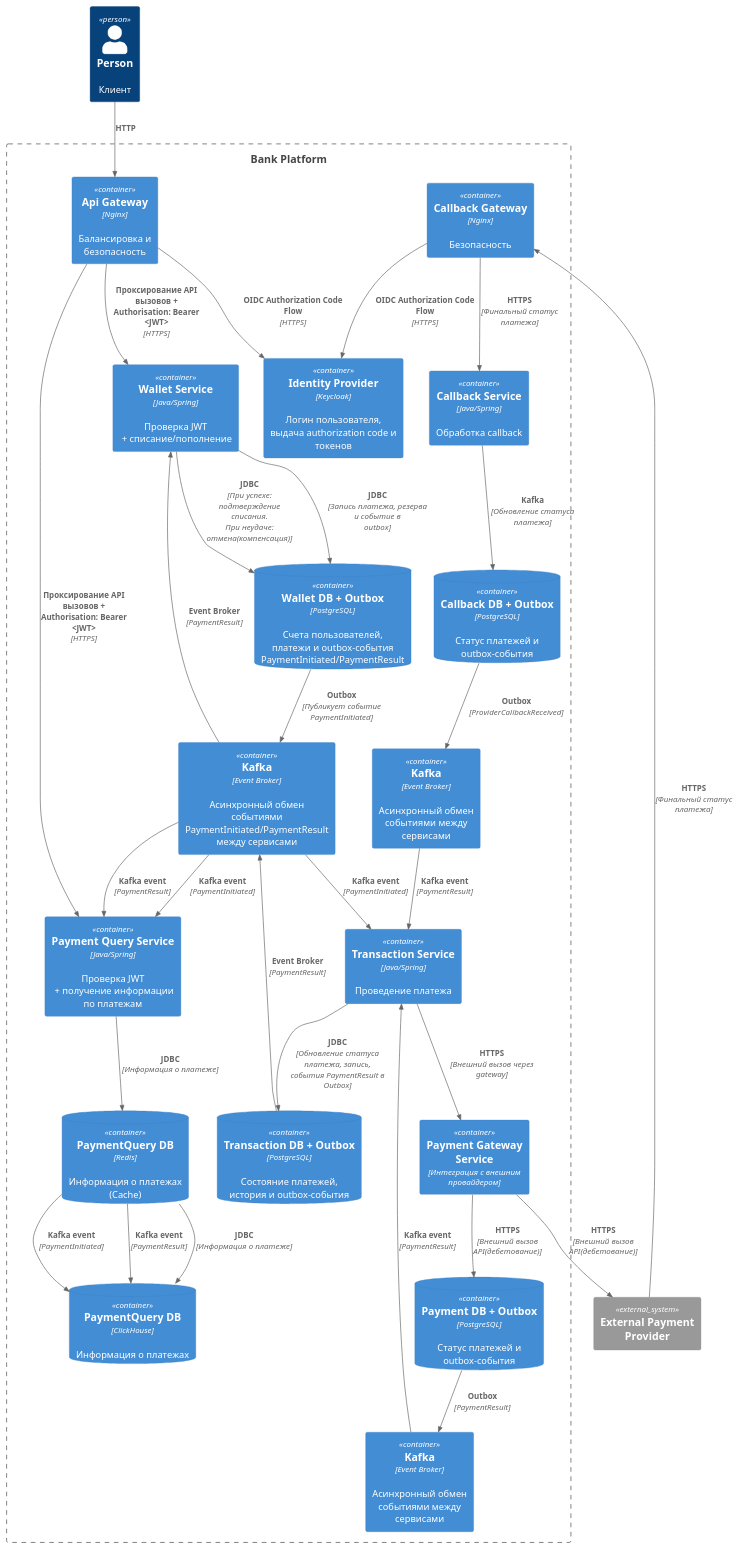
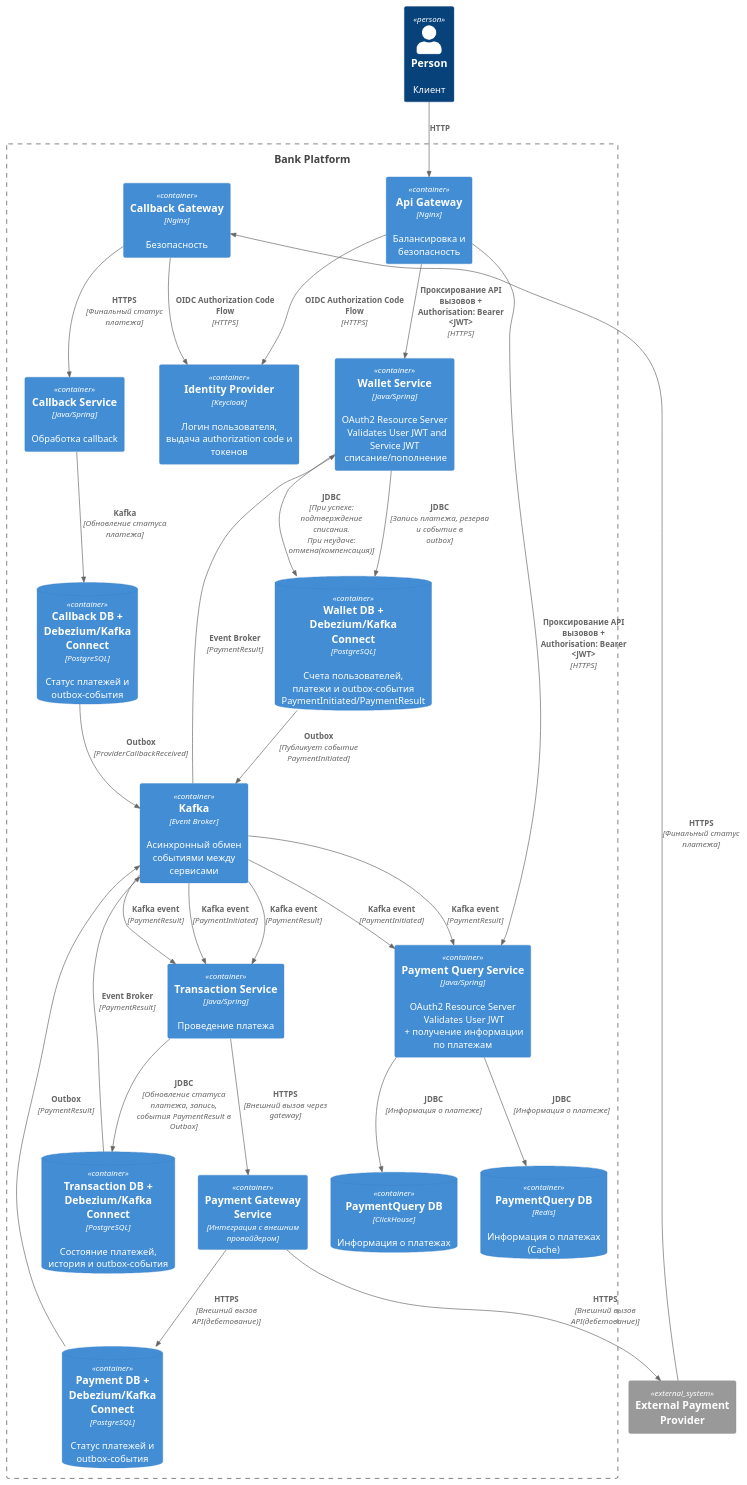
The diagram in project/C4/BankPlatform_Security_C2.puml (vaneks/System-design), drawn with PlantUML before and after one commit. The commit also changed 17 other files, not shown here.

```diff
--- a/project/C4/BankPlatform_Security_C2.puml
+++ b/project/C4/BankPlatform_Security_C2.puml
@@ -1,60 +1,56 @@
 @startuml
 !include https://raw.githubusercontent.com/plantuml-stdlib/C4-PlantUML/master/C4_Container.puml
 
 Person(person, "Person", "Клиент")
 
 Boundary(internal, "Bank Platform") {
   Container(apiGw, "Api Gateway", "Nginx", "Балансировка и безопасность")
   Container(idP, "Identity Provider", "Keycloak", "Логин пользователя, выдача authorization code и токенов")
-  Container(wallet, "Wallet Service", "Java/Spring", "Проверка JWT \n + списание/пополнение")
+  Container(wallet, "Wallet Service", "Java/Spring", "OAuth2 Resource Server \n  Validates User JWT and Service JWT \n списание/пополнение")
   Container(transaction, "Transaction Service", "Java/Spring", "Проведение платежа")
   Container(payment, "Payment Gateway Service", "Интеграция с внешним провайдером")
   Container(callback, "Callback Service", "Java/Spring", "Обработка callback")
   Container(callbackGw, "Callback Gateway", "Nginx", "Безопасность")
-  Container(paymentQuery, "Payment Query Service", "Java/Spring", "Проверка JWT \n + получение информации по платежам")
+  Container(paymentQuery, "Payment Query Service", "Java/Spring", "OAuth2 Resource Server \n Validates User JWT \n + получение информации по платежам")
 
-  ContainerDb(walletDb, "Wallet DB + Outbox", "PostgreSQL", "Счета пользователей, платежи и outbox-события PaymentInitiated/PaymentResult")
-  ContainerDb(transactionDb, "Transaction DB + Outbox", "PostgreSQL", "Состояние платежей, история и outbox-события")
-  ContainerDb(callbackDb, "Callback DB + Outbox", "PostgreSQL", "Статус платежей и outbox-события")
-  ContainerDb(paymentDb, "Payment DB + Outbox", "PostgreSQL", "Статус платежей и outbox-события")
+  ContainerDb(walletDb, "Wallet DB + Debezium/Kafka Connect", "PostgreSQL", "Счета пользователей, платежи и outbox-события PaymentInitiated/PaymentResult")
+  ContainerDb(transactionDb, "Transaction DB + Debezium/Kafka Connect", "PostgreSQL", "Состояние платежей, история и outbox-события")
+  ContainerDb(callbackDb, "Callback DB + Debezium/Kafka Connect", "PostgreSQL", "Статус платежей и outbox-события")
+  ContainerDb(paymentDb, "Payment DB + Debezium/Kafka Connect", "PostgreSQL", "Статус платежей и outbox-события")
   ContainerDb(paymentQueryDb, "PaymentQuery DB", "ClickHouse", "Информация о платежах")
   ContainerDb(paymentQueryRedis, "PaymentQuery DB", "Redis", "Информация о платежах (Cache)")
 
-  Container(kafkaWallet, "Kafka", "Event Broker", "Асинхронный обмен событиями PaymentInitiated/PaymentResult между сервисами")
-  Container(kafkaCallback, "Kafka", "Event Broker", "Асинхронный обмен событиями между сервисами")
-  Container(kafkaPayment, "Kafka", "Event Broker", "Асинхронный обмен событиями между сервисами")
+  Container(kafka, "Kafka", "Event Broker", "Асинхронный обмен событиями между сервисами")
 }
 
 
 System_Ext(extPayment, "External Payment Provider")
 
 Rel(person, apiGw, "HTTP")
 Rel(apiGw, wallet, "Проксирование API вызовов + Authorisation: Bearer <JWT>", "HTTPS")
 Rel(apiGw, paymentQuery, "Проксирование API вызовов + Authorisation: Bearer <JWT>", "HTTPS")
 Rel(apiGw, idP, "OIDC Authorization Code Flow", "HTTPS")
 Rel(callbackGw, idP, "OIDC Authorization Code Flow", "HTTPS")
 Rel(wallet, walletDb, "JDBC", "Запись платежа, резерва и событие в outbox")
 Rel(wallet, walletDb, "JDBC", "При успехе: подтверждение списания. При неудаче: отмена(компенсация)")
-Rel(walletDb, kafkaWallet, "Outbox", "Публикует событие PaymentInitiated")
-Rel(kafkaWallet, transaction, "Kafka event", "PaymentInitiated")
-Rel(kafkaWallet, wallet, "Event Broker", "PaymentResult")
+Rel(walletDb, kafka, "Outbox", "Публикует событие PaymentInitiated")
+Rel(kafka, transaction, "Kafka event", "PaymentInitiated")
+Rel(kafka, wallet, "Event Broker", "PaymentResult")
 Rel(transaction, payment, "HTTPS", "Внешний вызов через gateway")
 Rel(payment, extPayment, "HTTPS", "Внешний вызов API(дебетование)")
 Rel(payment, paymentDb, "HTTPS", "Внешний вызов API(дебетование)")
-Rel(paymentDb, kafkaPayment, "Outbox", "PaymentResult")
-Rel(kafkaPayment, transaction, "Kafka event", "PaymentResult")
+Rel(paymentDb, kafka, "Outbox", "PaymentResult")
+Rel(kafka, transaction, "Kafka event", "PaymentResult")
 Rel(extPayment, callbackGw, "HTTPS", "Финальный статус платежа")
 Rel(callbackGw, callback, "HTTPS", "Финальный статус платежа")
-Rel(kafkaCallback, transaction, "Kafka event", "PaymentResult")
-Rel(kafkaWallet, paymentQuery, "Kafka event", "PaymentInitiated")
-Rel(paymentQueryRedis, paymentQueryDb, "Kafka event", "PaymentInitiated")
-Rel(kafkaWallet, paymentQuery, "Kafka event", "PaymentResult")
-Rel(paymentQueryRedis, paymentQueryDb, "Kafka event", "PaymentResult")
+Rel(kafka, transaction, "Kafka event", "PaymentResult")
+Rel(kafka, paymentQuery, "Kafka event", "PaymentInitiated")
+Rel(kafka, paymentQuery, "Kafka event", "PaymentResult")
 Rel(callback, callbackDb, "Kafka", "Обновление статуса платежа")
-Rel(callbackDb, kafkaCallback, "Outbox", "ProviderCallbackReceived")
+Rel(callbackDb, kafka, "Outbox", "ProviderCallbackReceived")
 Rel(paymentQuery, paymentQueryRedis, "JDBC", "Информация о платеже")
-Rel(paymentQueryRedis, paymentQueryDb, "JDBC", "Информация о платеже")
+Rel(paymentQuery, paymentQueryDb, "JDBC", "Информация о платеже")
 Rel(transaction, transactionDb, "JDBC", "Обновление статуса платежа, запись, события PaymentResult в Outbox")
-Rel(transactionDb, kafkaWallet, "Event Broker", "PaymentResult")
+Rel(transactionDb, kafka, "Event Broker", "PaymentResult")
 
 @enduml
```
